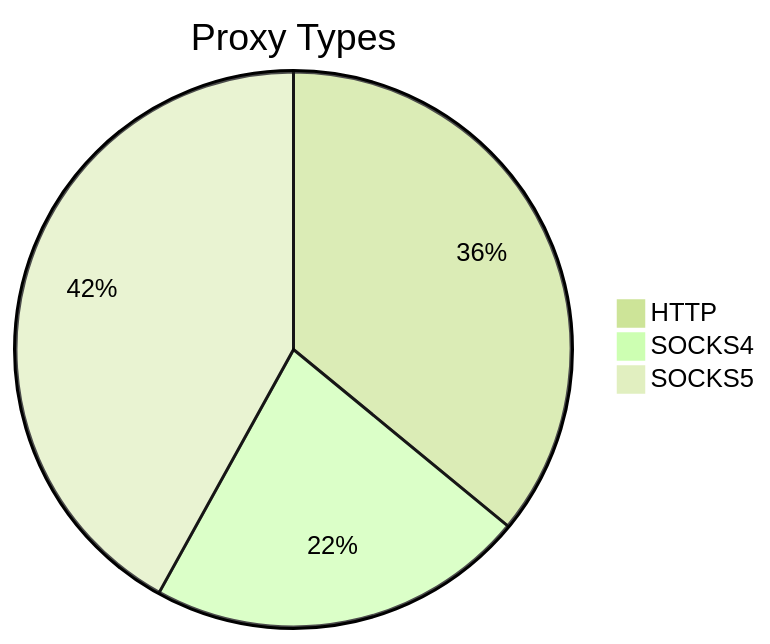
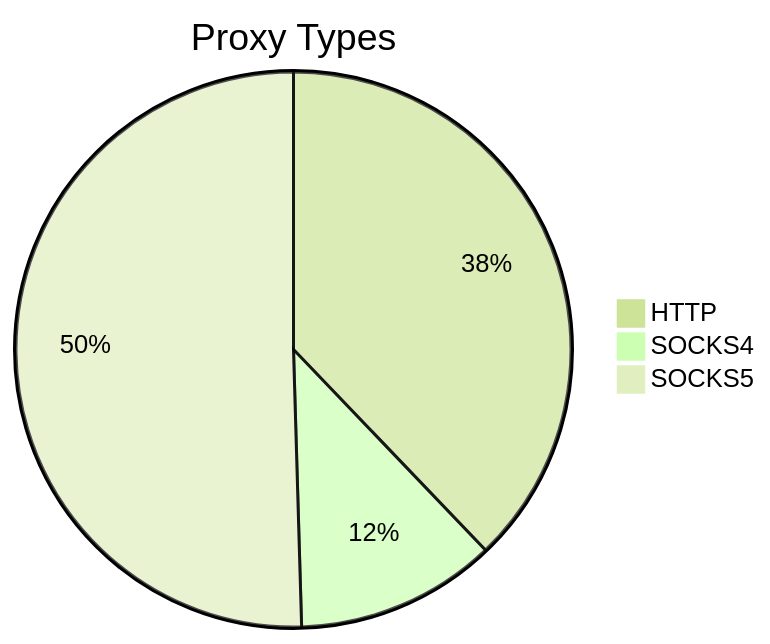
The first of 2 diagrams in README.md (stormsia/proxy-list), drawn with Mermaid (forest theme) before and after one commit. The commit also changed other lines of this file, not shown here.

````diff
--- a/README.md
+++ b/README.md
@@ -21,6 +21,6 @@
 ```mermaid
 pie title Proxy Types
-    "HTTP" : 132
-    "SOCKS4" : 81
-    "SOCKS5" : 154
+    "HTTP" : 81
+    "SOCKS4" : 25
+    "SOCKS5" : 108
 ```
````
